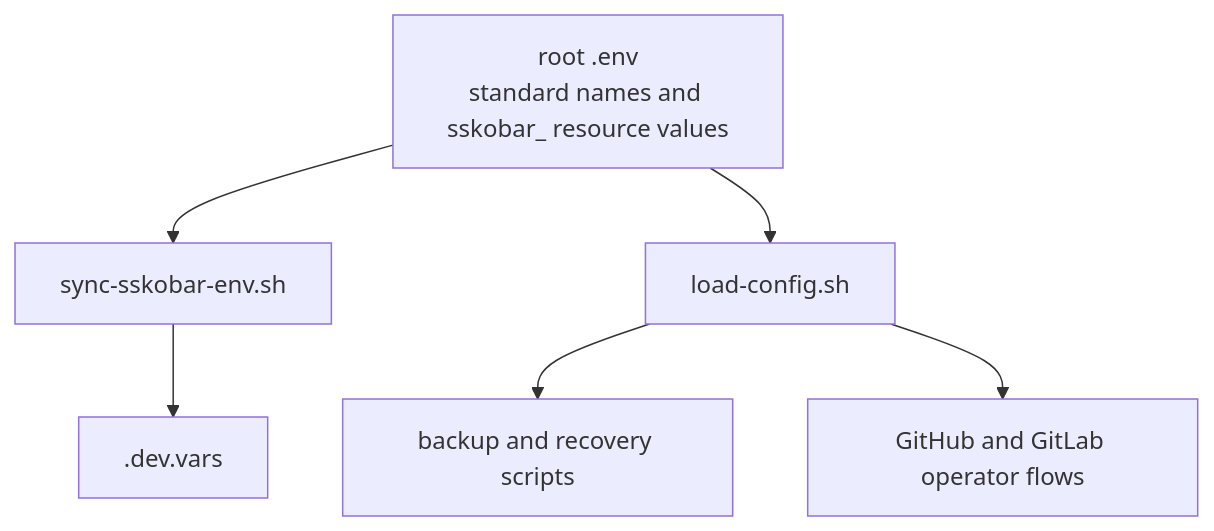
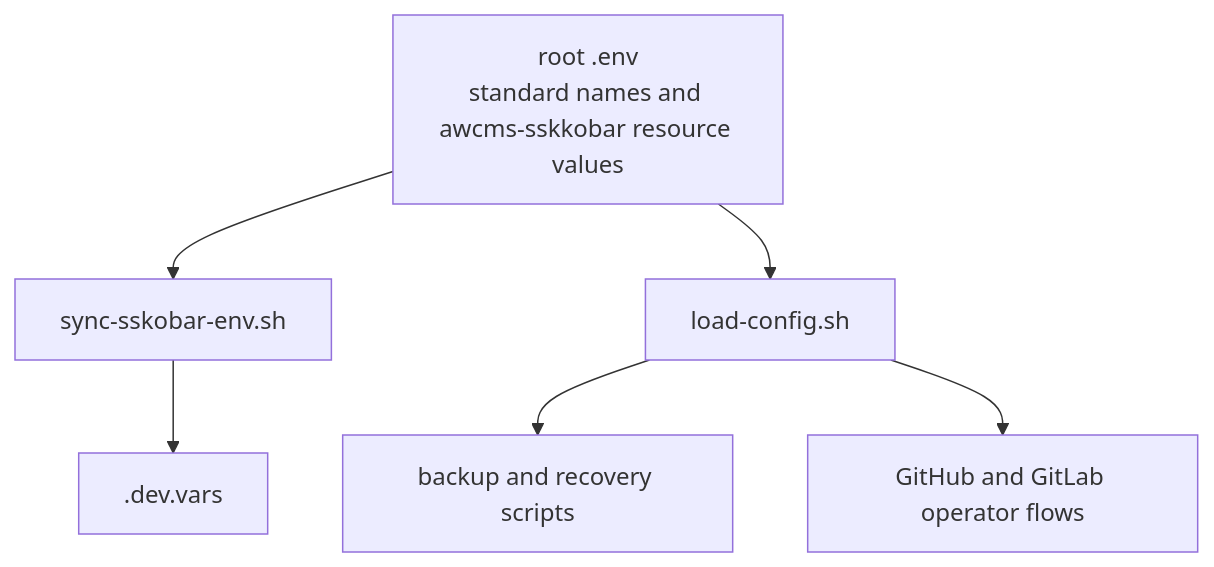
The diagram in scripts/backup/README.md (ahliweb/satusehatkobar), drawn with Mermaid before and after one commit. The commit also changed other lines of this file and 19 other files, not shown here.

Commit message:
refactor: align Cloudflare infrastructure, backup resources, and project documentation with the canonical awcms-sskkobar identifier

````diff
--- a/scripts/backup/README.md
+++ b/scripts/backup/README.md
@@ -211,8 +211,8 @@
 ```mermaid
 flowchart TD
-    A[root .env\nstandard names and sskobar_ resource values] --> B[sync-sskobar-env.sh]
+    A[root .env\nstandard names and awcms-sskkobar resource values] --> B[sync-sskobar-env.sh]
     A --> C[load-config.sh]
     B --> D[.dev.vars]
     C --> E[backup and recovery scripts]
     C --> F[GitHub and GitLab operator flows]
 ```
````
